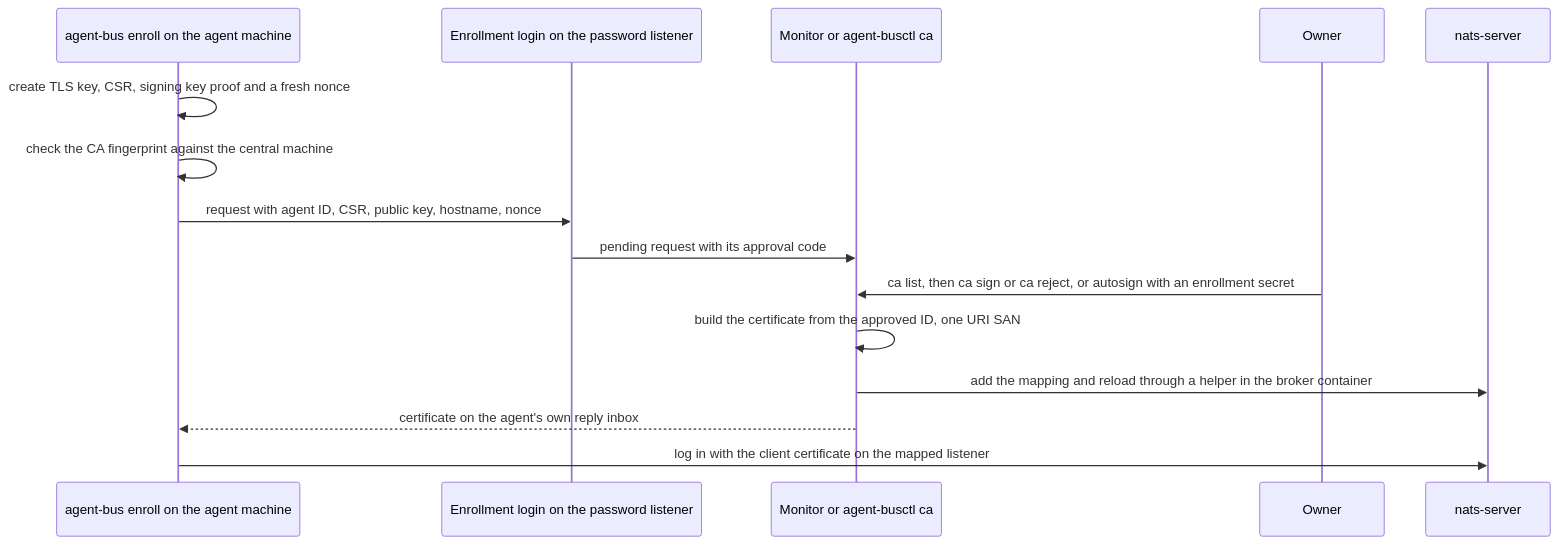
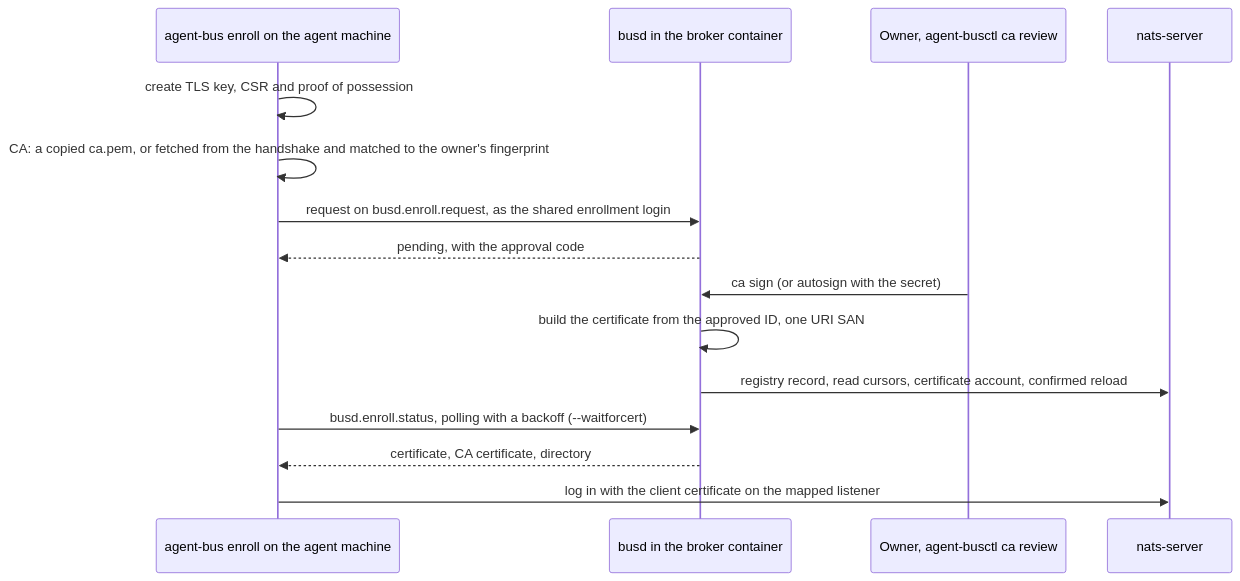
One commit to gentoomaniac/agent-bus changed the second of 2 diagrams in docs/design/access-control.md. Above: the diagram before and after it, drawn with Mermaid. The commit also changed other lines of this file and 11 other files, not shown here.

First line of the commit message:
docs: enrollment as built (busd, enroll login, ca commands), podman steps, troubleshooting

````diff
--- a/docs/design/access-control.md
+++ b/docs/design/access-control.md
@@ -115,17 +109,17 @@
 ```mermaid
 sequenceDiagram
   participant Agent as agent-bus enroll on the agent machine
-  participant Listener as Enrollment login on the password listener
-  participant Approver as Monitor or agent-busctl ca
-  participant Owner as Owner
+  participant Busd as busd in the broker container
+  participant Owner as Owner, agent-busctl ca review
   participant Broker as nats-server
-  Agent->>Agent: create TLS key, CSR, signing key proof and a fresh nonce
-  Agent->>Agent: check the CA fingerprint against the central machine
-  Agent->>Listener: request with agent ID, CSR, public key, hostname, nonce
-  Listener->>Approver: pending request with its approval code
-  Owner->>Approver: ca list, then ca sign or ca reject, or autosign with an enrollment secret
-  Approver->>Approver: build the certificate from the approved ID, one URI SAN
-  Approver->>Broker: add the mapping and reload through a helper in the broker container
-  Approver-->>Agent: certificate on the agent's own reply inbox
+  Agent->>Agent: create TLS key, CSR and proof of possession
+  Agent->>Agent: CA: a copied ca.pem, or fetched from the handshake and matched to the owner's fingerprint
+  Agent->>Busd: request on busd.enroll.request, as the shared enrollment login
+  Busd-->>Agent: pending, with the approval code
+  Owner->>Busd: ca sign (or autosign with the secret)
+  Busd->>Busd: build the certificate from the approved ID, one URI SAN
+  Busd->>Broker: registry record, read cursors, certificate account, confirmed reload
+  Agent->>Busd: busd.enroll.status, polling with a backoff (--waitforcert)
+  Busd-->>Agent: certificate, CA certificate, directory
   Agent->>Broker: log in with the client certificate on the mapped listener
 ```
````
